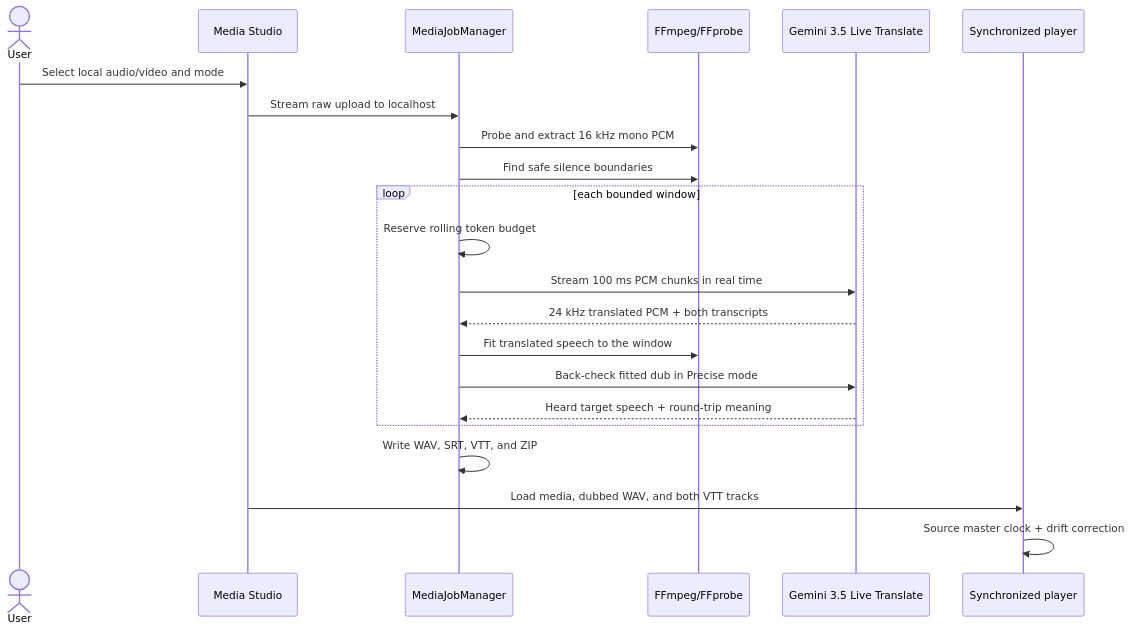
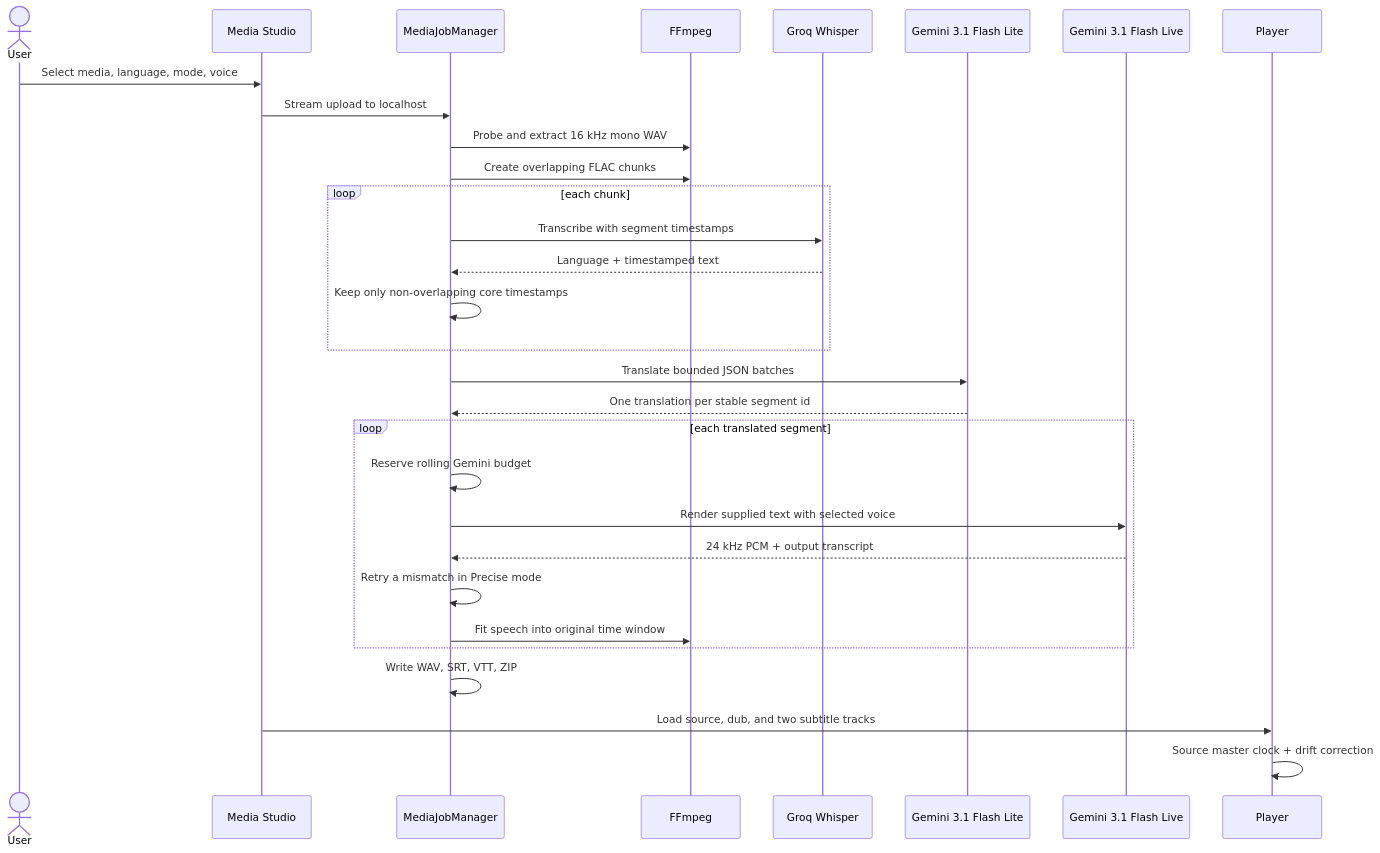
The diagram in ARCHITECTURE.md (msmahdinejad/avorythm), drawn with Mermaid before and after one commit. The commit also changed other lines of this file and 80 other files, not shown here.

````diff
--- a/ARCHITECTURE.md
+++ b/ARCHITECTURE.md
@@ -33,24 +32,32 @@
 ```mermaid
 sequenceDiagram
     actor User
     participant UI as Media Studio
     participant Jobs as MediaJobManager
-    participant FFmpeg as FFmpeg/FFprobe
-    participant Live as Gemini 3.5 Live Translate
-    participant Player as Synchronized player
-    User->>UI: Select local audio/video and mode
-    UI->>Jobs: Stream raw upload to localhost
-    Jobs->>FFmpeg: Probe and extract 16 kHz mono PCM
-    Jobs->>FFmpeg: Find safe silence boundaries
-    loop each bounded window
-      Jobs->>Jobs: Reserve rolling token budget
-      Jobs->>Live: Stream 100 ms PCM chunks in real time
-      Live-->>Jobs: 24 kHz translated PCM + both transcripts
-      Jobs->>FFmpeg: Fit translated speech to the window
-      Jobs->>Live: Back-check fitted dub in Precise mode
-      Live-->>Jobs: Heard target speech + round-trip meaning
+    participant FFmpeg
+    participant Groq as Groq Whisper
+    participant Text as Gemini 3.1 Flash Lite
+    participant Voice as Gemini 3.1 Flash Live
+    participant Player
+    User->>UI: Select media, language, mode, voice
+    UI->>Jobs: Stream upload to localhost
+    Jobs->>FFmpeg: Probe and extract 16 kHz mono WAV
+    Jobs->>FFmpeg: Create overlapping FLAC chunks
+    loop each chunk
+      Jobs->>Groq: Transcribe with segment timestamps
+      Groq-->>Jobs: Language + timestamped text
+      Jobs->>Jobs: Keep only non-overlapping core timestamps
     end
-    Jobs->>Jobs: Write WAV, SRT, VTT, and ZIP
-    UI->>Player: Load media, dubbed WAV, and both VTT tracks
+    Jobs->>Text: Translate bounded JSON batches
+    Text-->>Jobs: One translation per stable segment id
+    loop each translated segment
+      Jobs->>Jobs: Reserve rolling Gemini budget
+      Jobs->>Voice: Render supplied text with selected voice
+      Voice-->>Jobs: 24 kHz PCM + output transcript
+      Jobs->>Jobs: Retry a mismatch in Precise mode
+      Jobs->>FFmpeg: Fit speech into original time window
+    end
+    Jobs->>Jobs: Write WAV, SRT, VTT, ZIP
+    UI->>Player: Load source, dub, and two subtitle tracks
     Player->>Player: Source master clock + drift correction
 ```
````
